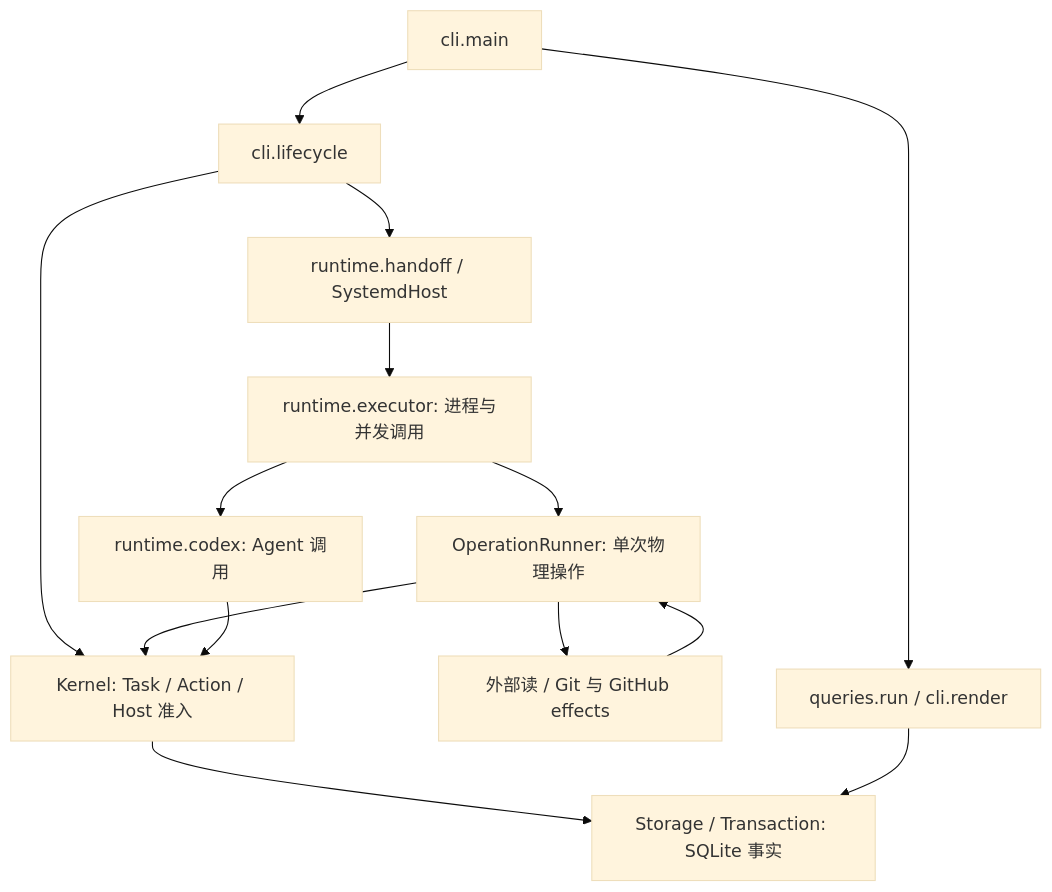
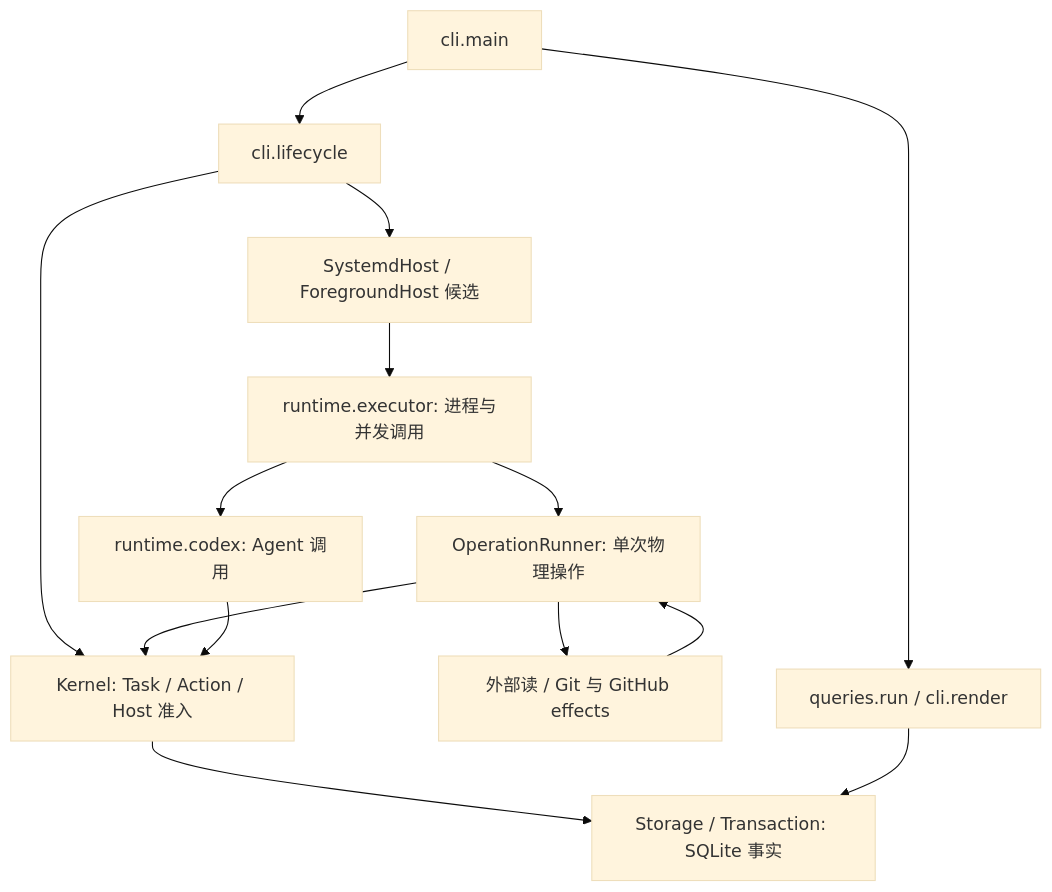
Before and after one commit to GRD-Chang/grill-engineering: the diagram in docs/architecture.md, drawn with Mermaid (base theme). The commit also changed other lines of this file and 17 other files, not shown here.

Commit message:
docs: distinguish foreground candidate lifecycle and v20 state contract

````diff
--- a/docs/architecture.md
+++ b/docs/architecture.md
@@ -14,16 +14,16 @@
 ```mermaid
 flowchart TD
     CLI[cli.main] --> Lifecycle[cli.lifecycle]
     Lifecycle --> Core[Kernel: Task / Action / Host 准入]
-    Lifecycle --> Host[runtime.handoff / SystemdHost]
+    Lifecycle --> Host[SystemdHost / ForegroundHost 候选]
     Host --> Executor[runtime.executor: 进程与并发调用]
     Executor --> Runner[OperationRunner: 单次物理操作]
     Runner --> Core
     Core --> Store[Storage / Transaction: SQLite 事实]
     Runner --> IO[外部读 / Git 与 GitHub effects]
     IO --> Runner
     Executor --> Worker[runtime.codex: Agent 调用]
     Worker --> Core
     CLI --> Query[queries.run / cli.render]
     Query --> Store
 ```
````
